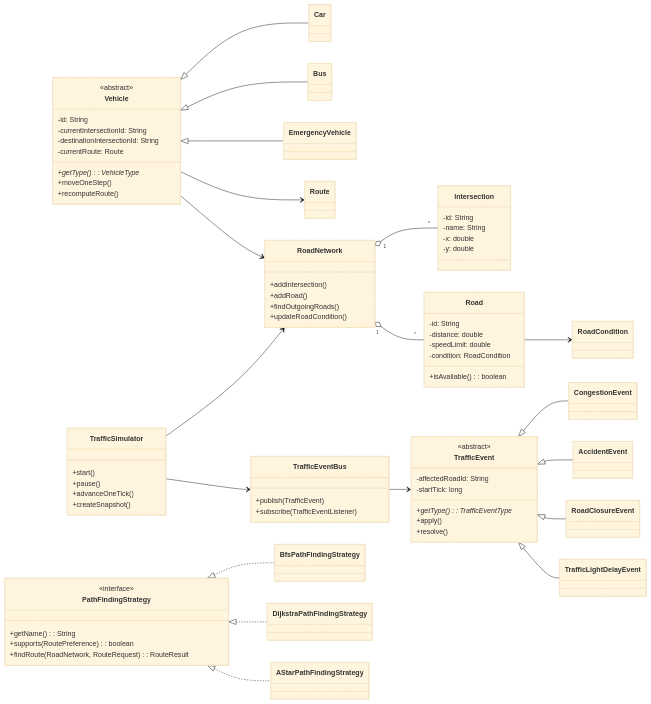
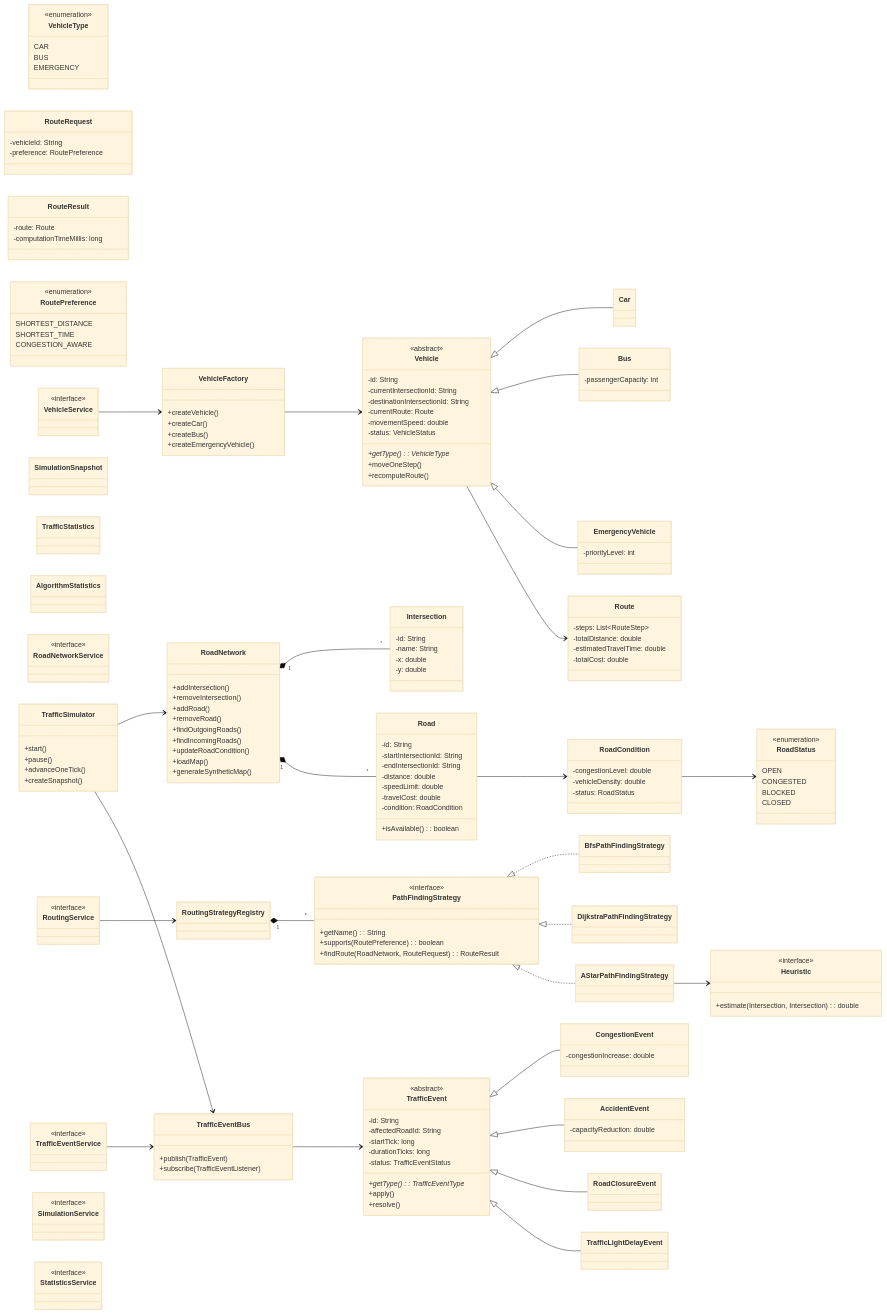
One commit to binhnguyenag07-ops/Traffic-Event-System changed the first of 2 diagrams in docs/ARCHITECTURE.md. Above: the diagram before and after it, drawn with Mermaid (base theme). The commit also changed other lines of this file and 97 other files, not shown here.

Commit message:
refactor: rename package to team.traffic, add full class diagram, and commit scaffold

````diff
--- a/docs/ARCHITECTURE.md
+++ b/docs/ARCHITECTURE.md
@@ -58,42 +58,102 @@
 classDiagram
     direction LR
 
+    %% Network Domain
     class RoadNetwork {
         +addIntersection()
+        +removeIntersection()
         +addRoad()
+        +removeRoad()
         +findOutgoingRoads()
+        +findIncomingRoads()
         +updateRoadCondition()
+        +loadMap()
+        +generateSyntheticMap()
     }
-
     class Intersection {
         -id: String
         -name: String
         -x: double
         -y: double
     }
-
     class Road {
         -id: String
+        -startIntersectionId: String
+        -endIntersectionId: String
         -distance: double
         -speedLimit: double
+        -travelCost: double
         -condition: RoadCondition
         +isAvailable(): boolean
     }
+    class RoadCondition {
+        -congestionLevel: double
+        -vehicleDensity: double
+        -status: RoadStatus
+    }
+    class RoadStatus {
+        <<enumeration>>
+        OPEN
+        CONGESTED
+        BLOCKED
+        CLOSED
+    }
 
+    %% Vehicle Domain
     class Vehicle {
         <<abstract>>
         -id: String
         -currentIntersectionId: String
         -destinationIntersectionId: String
         -currentRoute: Route
+        -movementSpeed: double
+        -status: VehicleStatus
         +getType(): VehicleType*
         +moveOneStep()
         +recomputeRoute()
     }
     class Car
-    class Bus
-    class EmergencyVehicle
+    class Bus {
+        -passengerCapacity: int
+    }
+    class EmergencyVehicle {
+        -priorityLevel: int
+    }
+    class VehicleFactory {
+        +createVehicle()
+        +createCar()
+        +createBus()
+        +createEmergencyVehicle()
+    }
+    class VehicleType {
+        <<enumeration>>
+        CAR
+        BUS
+        EMERGENCY
+    }
 
+    %% Routing Domain
+    class Route {
+        -steps: List~RouteStep~
+        -totalDistance: double
+        -estimatedTravelTime: double
+        -totalCost: double
+    }
+    class RouteRequest {
+        -vehicleId: String
+        -preference: RoutePreference
+    }
+    class RouteResult {
+        -route: Route
+        -computationTimeMillis: long
+    }
+    class RoutePreference {
+        <<enumeration>>
+        SHORTEST_DISTANCE
+        SHORTEST_TIME
+        CONGESTION_AWARE
+    }
+    
     class PathFindingStrategy {
         <<interface>>
         +getName(): String
@@ -103,52 +163,83 @@
     class BfsPathFindingStrategy
     class DijkstraPathFindingStrategy
     class AStarPathFindingStrategy
+    class Heuristic {
+        <<interface>>
+        +estimate(Intersection, Intersection): double
+    }
+    class RoutingStrategyRegistry
 
+    %% Event Domain
     class TrafficEvent {
         <<abstract>>
+        -id: String
         -affectedRoadId: String
         -startTick: long
+        -durationTicks: long
+        -status: TrafficEventStatus
         +getType(): TrafficEventType*
         +apply()
         +resolve()
     }
-    class CongestionEvent
-    class AccidentEvent
+    class CongestionEvent {
+        -congestionIncrease: double
+    }
+    class AccidentEvent {
+        -capacityReduction: double
+    }
     class RoadClosureEvent
     class TrafficLightDelayEvent
+    class TrafficEventBus {
+        +publish(TrafficEvent)
+        +subscribe(TrafficEventListener)
+    }
 
+    %% Simulation & Stats Domain
     class TrafficSimulator {
         +start()
         +pause()
         +advanceOneTick()
         +createSnapshot()
     }
+    class SimulationSnapshot
+    class TrafficStatistics
+    class AlgorithmStatistics
 
-    class TrafficEventBus {
-        +publish(TrafficEvent)
-        +subscribe(TrafficEventListener)
-    }
+    %% Services
+    class RoadNetworkService { <<interface>> }
+    class RoutingService { <<interface>> }
+    class VehicleService { <<interface>> }
+    class TrafficEventService { <<interface>> }
+    class SimulationService { <<interface>> }
+    class StatisticsService { <<interface>> }
 
-    RoadNetwork "1" o-- "*" Intersection
-    RoadNetwork "1" o-- "*" Road
+    %% Relationships
+    RoadNetwork "1" *-- "*" Intersection
+    RoadNetwork "1" *-- "*" Road
     Road --> RoadCondition
+    RoadCondition --> RoadStatus
 
     Vehicle <|-- Car
     Vehicle <|-- Bus
     Vehicle <|-- EmergencyVehicle
     Vehicle --> Route
-    Vehicle --> RoadNetwork
+    VehicleFactory --> Vehicle
 
     PathFindingStrategy <|.. BfsPathFindingStrategy
     PathFindingStrategy <|.. DijkstraPathFindingStrategy
     PathFindingStrategy <|.. AStarPathFindingStrategy
+    AStarPathFindingStrategy --> Heuristic
+    RoutingStrategyRegistry "1" *-- "*" PathFindingStrategy
 
     TrafficEvent <|-- CongestionEvent
     TrafficEvent <|-- AccidentEvent
     TrafficEvent <|-- RoadClosureEvent
     TrafficEvent <|-- TrafficLightDelayEvent
-
     TrafficSimulator --> RoadNetwork
     TrafficSimulator --> TrafficEventBus
     TrafficEventBus --> TrafficEvent
+
+    RoutingService --> RoutingStrategyRegistry
+    VehicleService --> VehicleFactory
+    TrafficEventService --> TrafficEventBus
 ```
````
